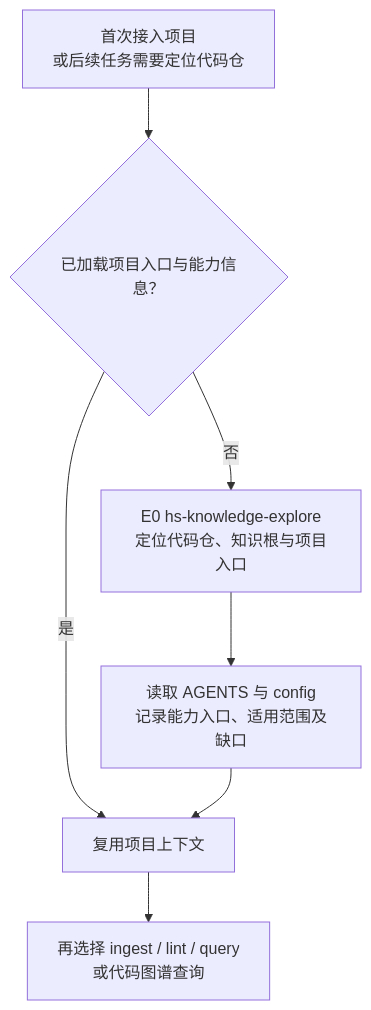
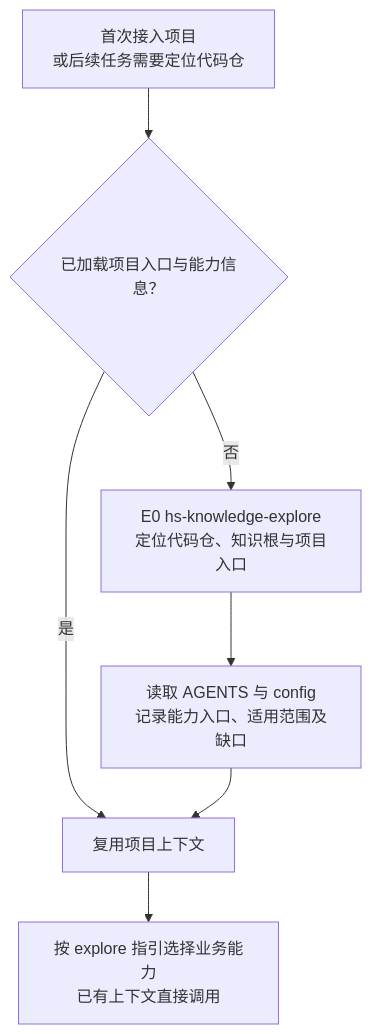
The first of 26 diagrams in himate-knowledge-wifi-mp/docs-llm-wiki/知识库详细设计.md (Robin-hhc/FactumCore), drawn with Mermaid before and after one commit. The commit also changed other lines of this file and 15 other files, not shown here.

````diff
--- a/himate-knowledge-wifi-mp/docs-llm-wiki/知识库详细设计.md
+++ b/himate-knowledge-wifi-mp/docs-llm-wiki/知识库详细设计.md
@@ -15,9 +15,9 @@
 ```mermaid
 flowchart TD
     START["首次接入项目<br/>或后续任务需要定位代码仓"] --> KNOWN{"已加载项目入口与能力信息？"}
     KNOWN -->|是| READY["复用项目上下文"]
     KNOWN -->|否| E0["E0 hs-knowledge-explore<br/>定位代码仓、知识根与项目入口"]
     E0 --> LOAD["读取 AGENTS 与 config<br/>记录能力入口、适用范围及缺口"]
     LOAD --> READY
-    READY --> CMD["再选择 ingest / lint / query<br/>或代码图谱查询"]
+    READY --> CMD["按 explore 指引选择业务能力<br/>已有上下文直接调用"]
 ```
````
